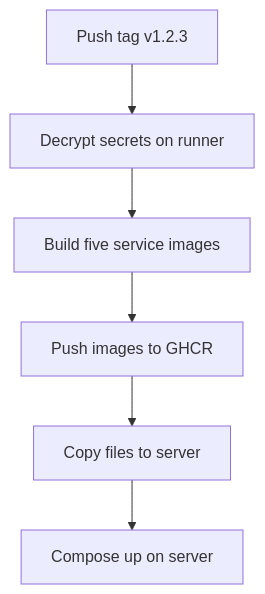
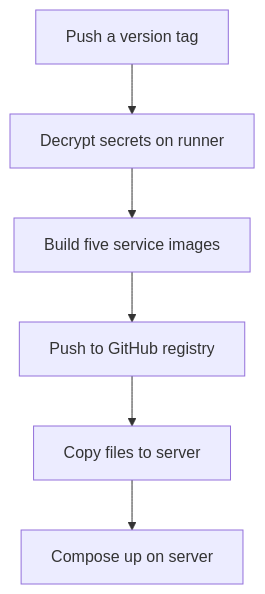
One commit to ravialdyh/my-money-recap-monorepo changed the second of 2 diagrams in infra/README.md. Above: the diagram before and after it, drawn with Mermaid. The commit also changed other lines of this file and 28 other files, not shown here.

````diff
--- a/infra/README.md
+++ b/infra/README.md
@@ -45,14 +47,14 @@
 ```mermaid
 flowchart TD
-    tag["Push tag v1.2.3"]
+    tag["Push a version tag"]
     decrypt["Decrypt secrets on runner"]
     build["Build five service images"]
-    push["Push images to GHCR"]
+    push["Push to GitHub registry"]
     copy["Copy files to server"]
     up["Compose up on server"]
     tag --> decrypt
     decrypt --> build
     build --> push
     push --> copy
     copy --> up
 ```
````
